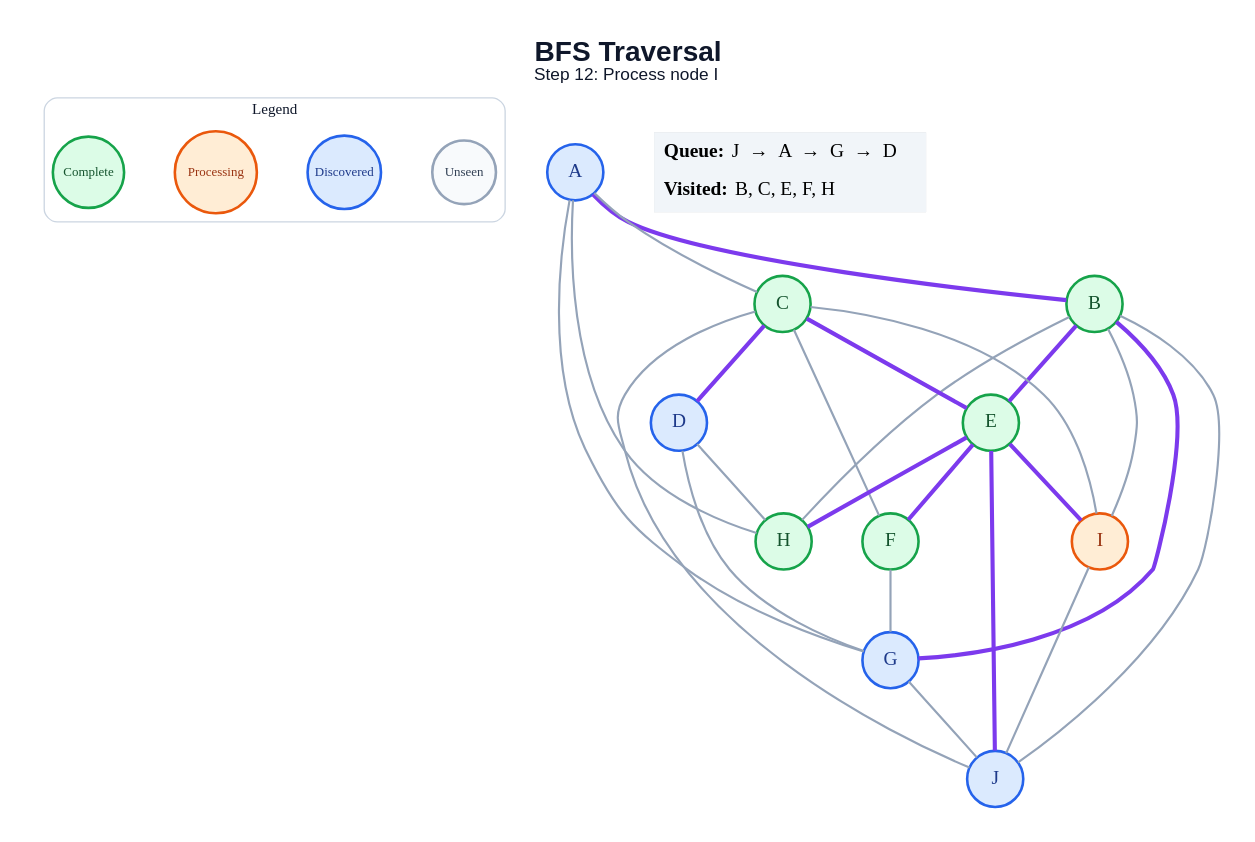
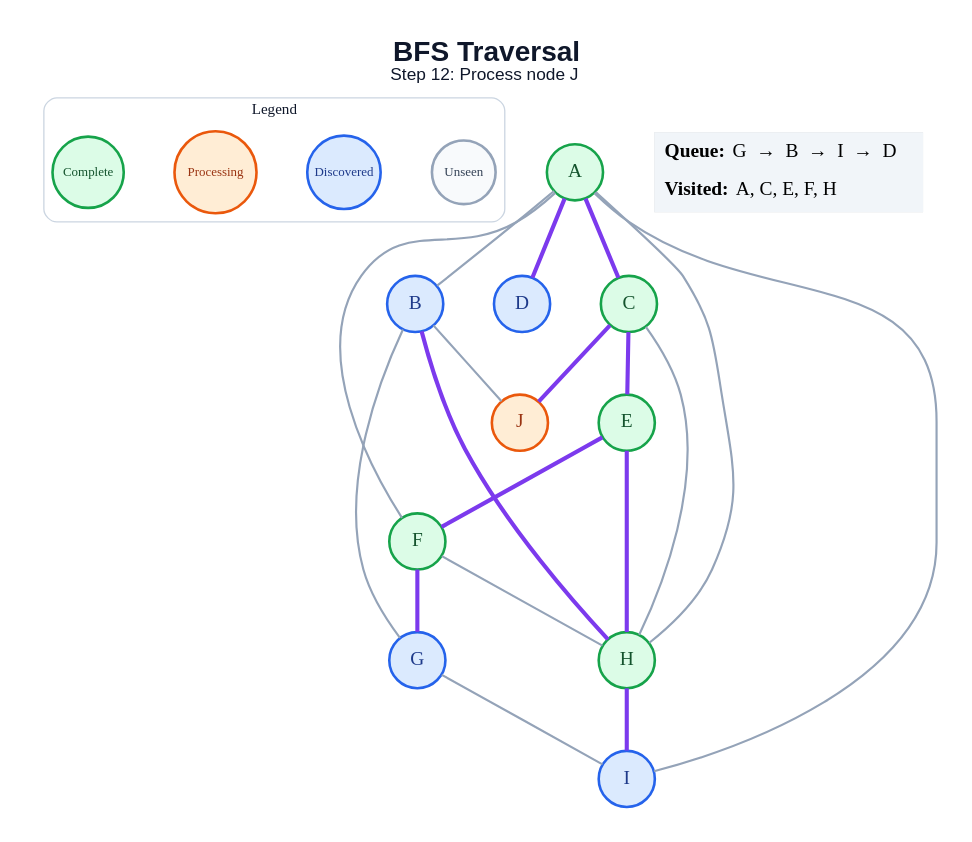
Before and after one commit to amanghodawala9/ai-slop: the diagram in generated/specific-node/bfs/step_12.dot, drawn with Graphviz. The commit also changed 178 other files, not shown here.

```diff
--- a/generated/specific-node/bfs/step_12.dot
+++ b/generated/specific-node/bfs/step_12.dot
@@ -1,52 +1,47 @@
 graph traversal {
   graph [layout=dot, rankdir=TB, bgcolor="#FFFFFF", pad="0.35", nodesep="0.65", ranksep="0.8", fontname="Arial"];
   node [shape=circle, style="filled", fontname="Arial Bold", fontsize=18, width=0.72, fixedsize=true, penwidth=2.4];
   edge [color="#94A3B8", penwidth=2.0];
-  label=<<B>BFS Traversal</B><BR/><FONT POINT-SIZE="16">Step 12: Process node I</FONT>>; labelloc="t"; fontsize=26; fontname="Arial"; fontcolor="#0F172A";
+  label=<<B>BFS Traversal</B><BR/><FONT POINT-SIZE="16">Step 12: Process node J</FONT>>; labelloc="t"; fontsize=26; fontname="Arial"; fontcolor="#0F172A";
   subgraph cluster_legend { label="Legend"; color="#CBD5E1"; penwidth=1.2; style="rounded"; fontsize=14; fontname="Arial Bold";
     key_unseen [label="Unseen", fillcolor="#F8FAFC", color="#94A3B8", fontcolor="#334155", fontsize=12, width=0.82];
     key_frontier [label="Discovered", fillcolor="#DBEAFE", color="#2563EB", fontcolor="#1E3A8A", fontsize=12, width=0.95];
     key_current [label="Processing", fillcolor="#FFEDD5", color="#EA580C", fontcolor="#9A3412", fontsize=12, width=1.05];
     key_done [label="Complete", fillcolor="#DCFCE7", color="#16A34A", fontcolor="#14532D", fontsize=12, width=0.92];
     { rank=same; key_unseen; key_frontier; key_current; key_done; }
   }
-  A [fillcolor="#DBEAFE", color="#2563EB", fontcolor="#1E3A8A"];
-  B [fillcolor="#DCFCE7", color="#16A34A", fontcolor="#14532D"];
+  A [fillcolor="#DCFCE7", color="#16A34A", fontcolor="#14532D"];
+  B [fillcolor="#DBEAFE", color="#2563EB", fontcolor="#1E3A8A"];
   C [fillcolor="#DCFCE7", color="#16A34A", fontcolor="#14532D"];
   D [fillcolor="#DBEAFE", color="#2563EB", fontcolor="#1E3A8A"];
   E [fillcolor="#DCFCE7", color="#16A34A", fontcolor="#14532D"];
   F [fillcolor="#DCFCE7", color="#16A34A", fontcolor="#14532D"];
   G [fillcolor="#DBEAFE", color="#2563EB", fontcolor="#1E3A8A"];
   H [fillcolor="#DCFCE7", color="#16A34A", fontcolor="#14532D"];
-  I [fillcolor="#FFEDD5", color="#EA580C", fontcolor="#9A3412"];
-  J [fillcolor="#DBEAFE", color="#2563EB", fontcolor="#1E3A8A"];
-  A -- B [color="#7C3AED", penwidth=3.8];
-  A -- C;
-  A -- G;
+  I [fillcolor="#DBEAFE", color="#2563EB", fontcolor="#1E3A8A"];
+  J [fillcolor="#FFEDD5", color="#EA580C", fontcolor="#9A3412"];
+  A -- B;
+  A -- C [color="#7C3AED", penwidth=3.8];
+  A -- D [color="#7C3AED", penwidth=3.8];
+  A -- F;
   A -- H;
-  B -- E [color="#7C3AED", penwidth=3.8];
-  B -- G [color="#7C3AED", penwidth=3.8];
-  B -- H;
-  B -- I;
+  A -- I;
+  B -- G;
+  B -- H [color="#7C3AED", penwidth=3.8];
   B -- J;
-  C -- D [color="#7C3AED", penwidth=3.8];
   C -- E [color="#7C3AED", penwidth=3.8];
-  C -- F;
-  C -- I;
-  C -- J;
-  D -- G;
-  D -- H;
+  C -- H;
+  C -- J [color="#7C3AED", penwidth=3.8];
   E -- F [color="#7C3AED", penwidth=3.8];
   E -- H [color="#7C3AED", penwidth=3.8];
-  E -- I [color="#7C3AED", penwidth=3.8];
-  E -- J [color="#7C3AED", penwidth=3.8];
-  F -- G;
-  G -- J;
-  I -- J;
+  F -- G [color="#7C3AED", penwidth=3.8];
+  F -- H;
+  G -- I;
+  H -- I [color="#7C3AED", penwidth=3.8];
   status [shape=plain, fixedsize=false, width=0, height=0, margin=0, label=<
     <TABLE BORDER="0" CELLBORDER="0" CELLPADDING="7" BGCOLOR="#F1F5F9">
-      <TR><TD ALIGN="LEFT"><B>Queue:</B> J  →  A  →  G  →  D</TD></TR>
-      <TR><TD ALIGN="LEFT"><B>Visited:</B> B, C, E, F, H</TD></TR>
+      <TR><TD ALIGN="LEFT"><B>Queue:</B> G  →  B  →  I  →  D</TD></TR>
+      <TR><TD ALIGN="LEFT"><B>Visited:</B> A, C, E, F, H</TD></TR>
     </TABLE>
   >];
 }
```
